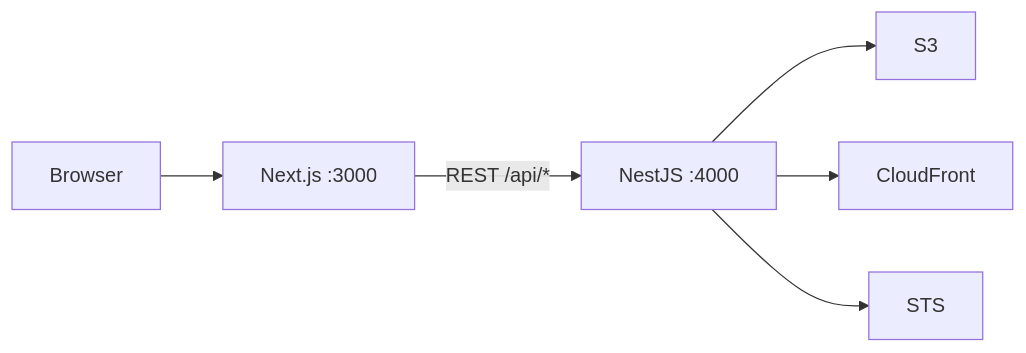
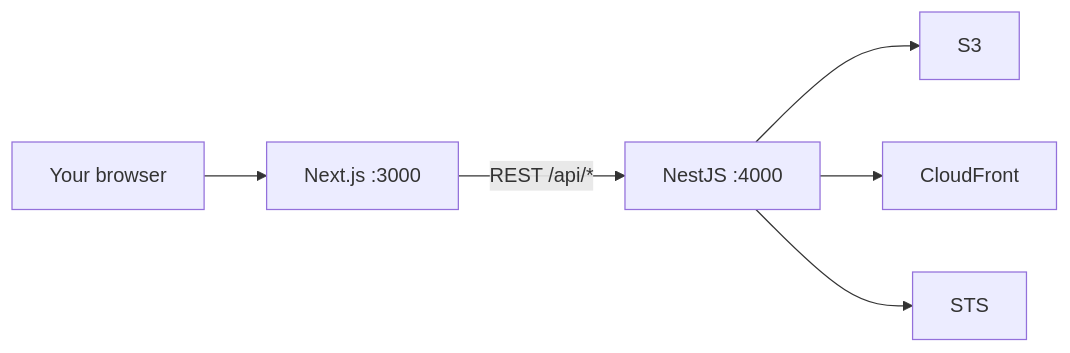
One commit to kuldeepsinhjhala/S3Lens changed the diagram in README.md. Above: the diagram before and after it, drawn with Mermaid. The commit also changed other lines of this file and 1 other file, not shown here.

````diff
--- a/README.md
+++ b/README.md
@@ -9,8 +28,8 @@
 ```mermaid
 flowchart LR
-  Browser["Browser"] --> UI["Next.js :3000"]
+  Browser["Your browser"] --> UI["Next.js :3000"]
   UI -->|"REST /api/*"| API["NestJS :4000"]
   API --> S3["S3"]
   API --> CF["CloudFront"]
   API --> STS["STS"]
 ```
````
